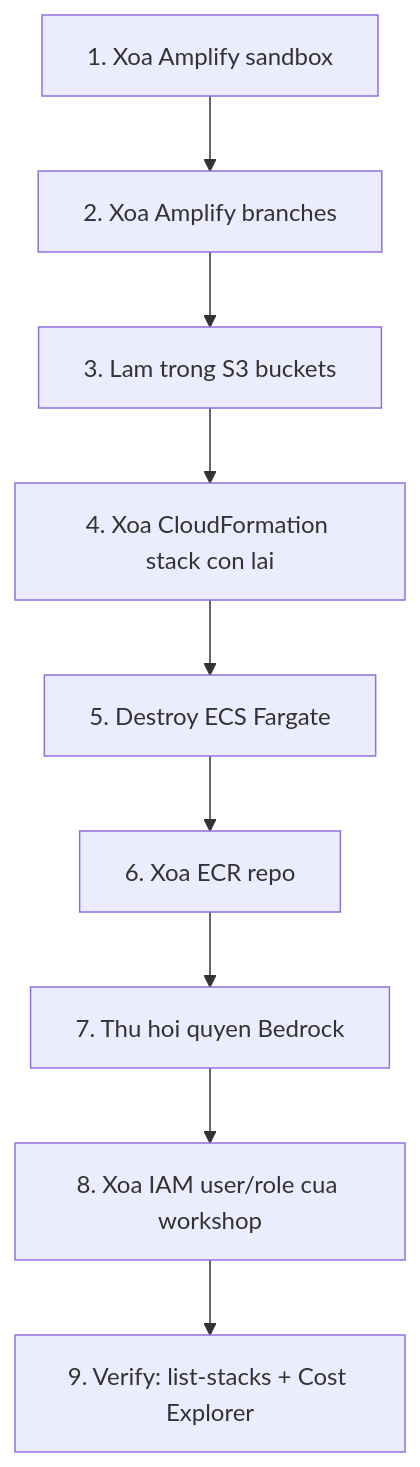
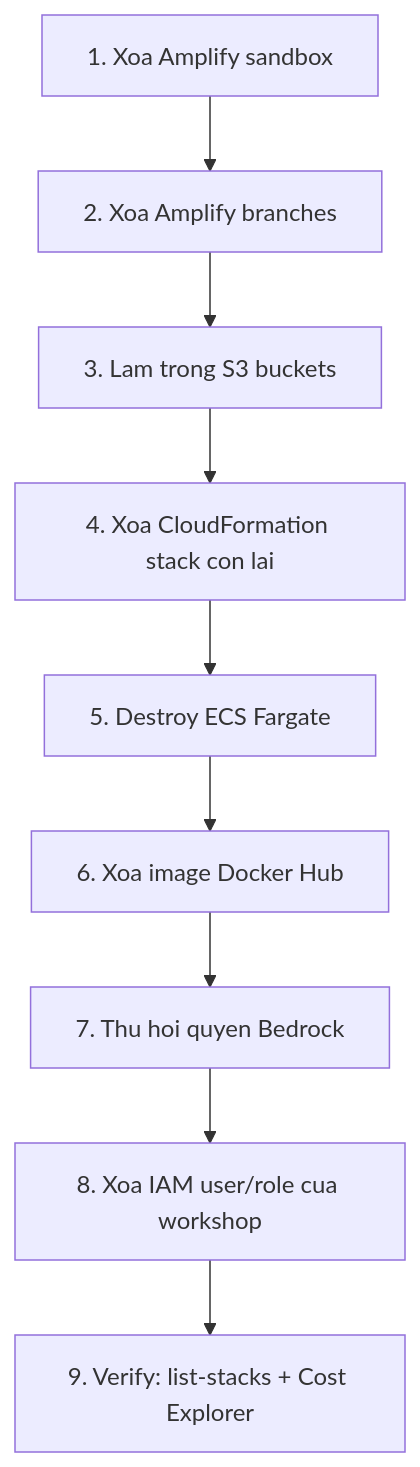
Before and after one commit to KhaiND1221/FCAJ-intership-report: the diagram in content/workshop/4.10-Cleanup/index.vi.md, drawn with Mermaid. The commit also changed other lines of this file and 57 other files, not shown here.

````diff
--- a/content/workshop/4.10-Cleanup/index.vi.md
+++ b/content/workshop/4.10-Cleanup/index.vi.md
@@ -7,11 +7,11 @@
 ```mermaid
 flowchart TD
   A[1. Xoa Amplify sandbox] --> B[2. Xoa Amplify branches]
   B --> C[3. Lam trong S3 buckets]
   C --> D[4. Xoa CloudFormation stack con lai]
   D --> E[5. Destroy ECS Fargate]
-  E --> F[6. Xoa ECR repo]
+  E --> F[6. Xoa image Docker Hub]
   F --> G[7. Thu hoi quyen Bedrock]
   G --> H[8. Xoa IAM user/role cua workshop]
   H --> I[9. Verify: list-stacks + Cost Explorer]
 ```
````
